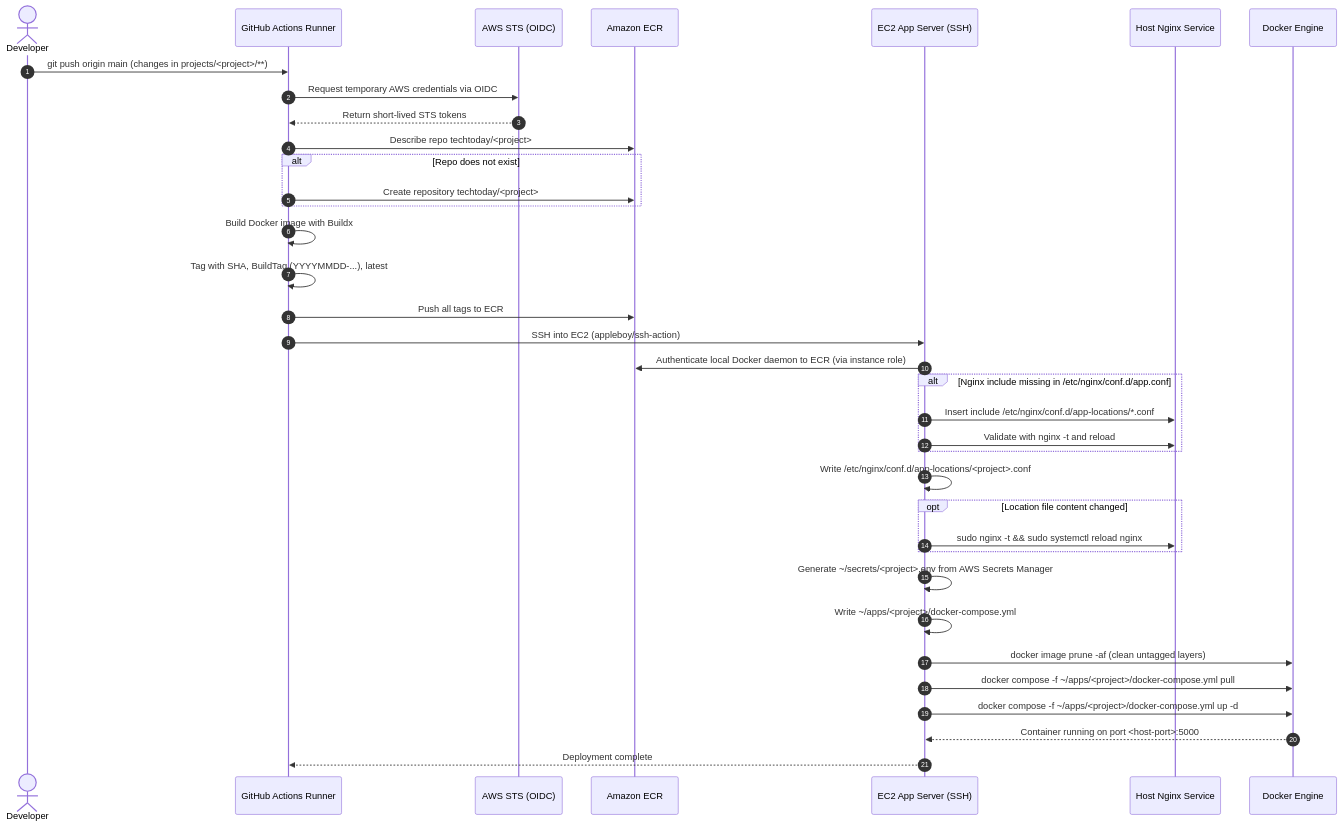
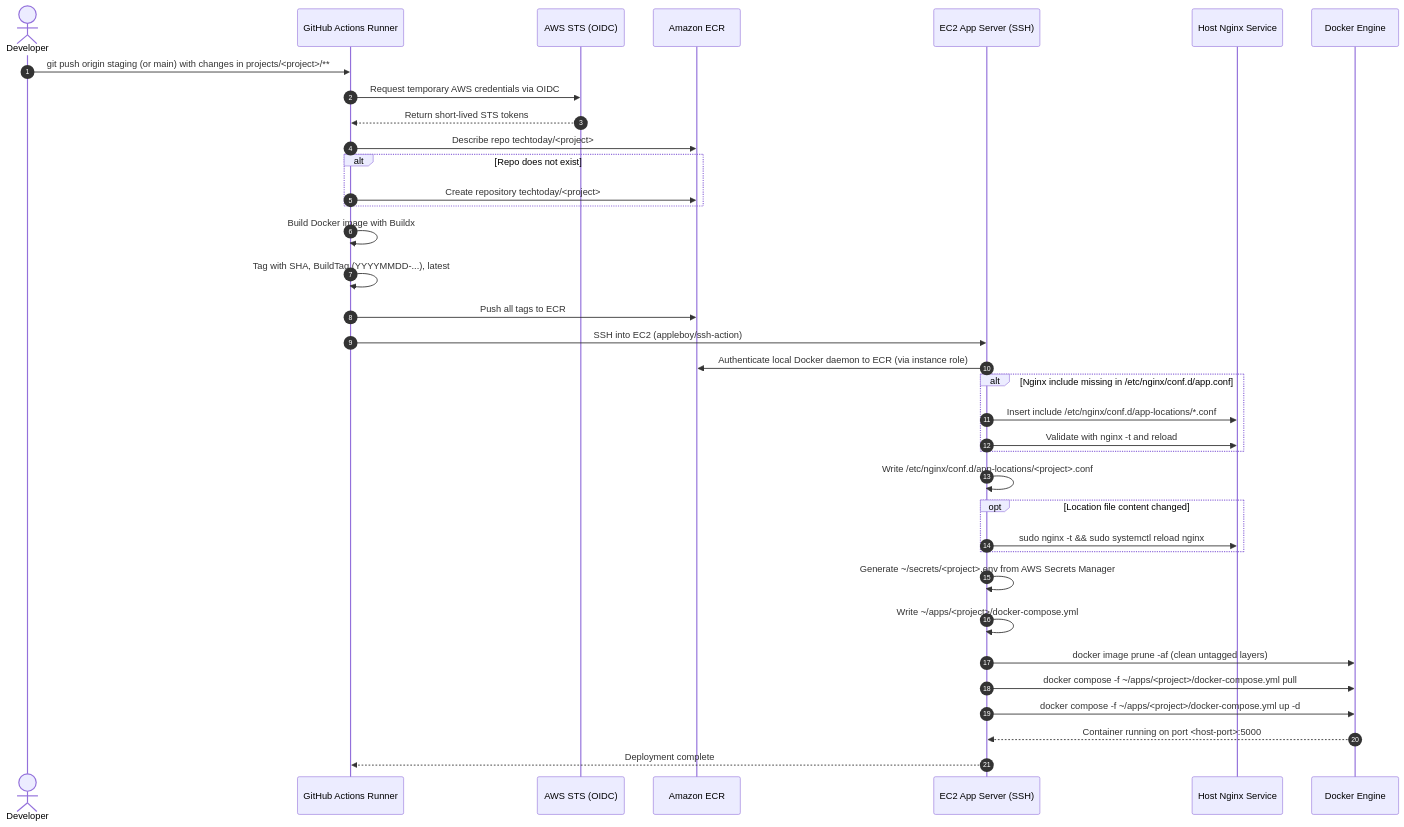
Before and after one commit to pankajspace/ai: the sixth of 8 diagrams in projects/ARCHITECTURE.md, drawn with Mermaid. The commit also changed other lines of this file and 3 other files, not shown here.

````diff
--- a/projects/ARCHITECTURE.md
+++ b/projects/ARCHITECTURE.md
@@ -818,45 +867,45 @@
 ```mermaid
 sequenceDiagram
     autonumber
     actor Dev as Developer
     participant GH as GitHub Actions Runner
     participant OIDC as AWS STS (OIDC)
     participant ECR as Amazon ECR
     participant EC2 as EC2 App Server (SSH)
     participant Nginx as Host Nginx Service
     participant Docker as Docker Engine
 
-    Dev->>GH: git push origin main (changes in projects/<project>/**)
+    Dev->>GH: git push origin staging (or main) with changes in projects/<project>/**
     GH->>OIDC: Request temporary AWS credentials via OIDC
     OIDC-->>GH: Return short-lived STS tokens
 
     GH->>ECR: Describe repo techtoday/<project>
     alt Repo does not exist
         GH->>ECR: Create repository techtoday/<project>
     end
 
     GH->>GH: Build Docker image with Buildx
     GH->>GH: Tag with SHA, BuildTag (YYYYMMDD-...), latest
     GH->>ECR: Push all tags to ECR
 
     GH->>EC2: SSH into EC2 (appleboy/ssh-action)
     EC2->>ECR: Authenticate local Docker daemon to ECR (via instance role)
 
     alt Nginx include missing in /etc/nginx/conf.d/app.conf
         EC2->>Nginx: Insert include /etc/nginx/conf.d/app-locations/*.conf;
         EC2->>Nginx: Validate with nginx -t and reload
     end
 
     EC2->>EC2: Write /etc/nginx/conf.d/app-locations/<project>.conf
     opt Location file content changed
         EC2->>Nginx: sudo nginx -t && sudo systemctl reload nginx
     end
 
     EC2->>EC2: Generate ~/secrets/<project>.env from AWS Secrets Manager
     EC2->>EC2: Write ~/apps/<project>/docker-compose.yml
     EC2->>Docker: docker image prune -af (clean untagged layers)
     EC2->>Docker: docker compose -f ~/apps/<project>/docker-compose.yml pull
     EC2->>Docker: docker compose -f ~/apps/<project>/docker-compose.yml up -d
     Docker-->>EC2: Container running on port <host-port>:5000
     EC2-->>GH: Deployment complete
 ```
````
